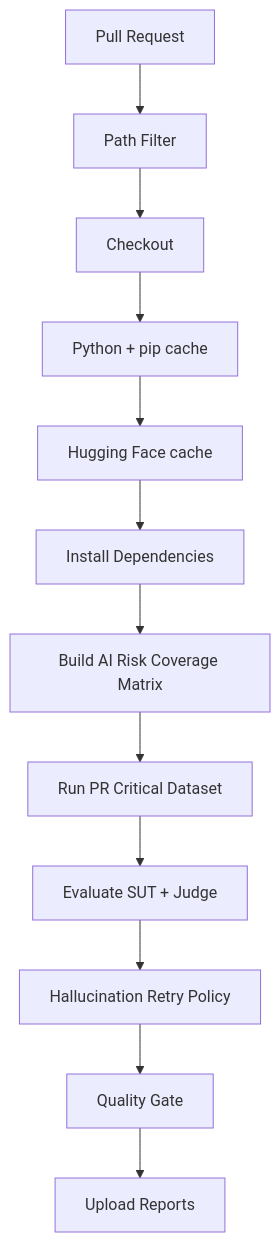
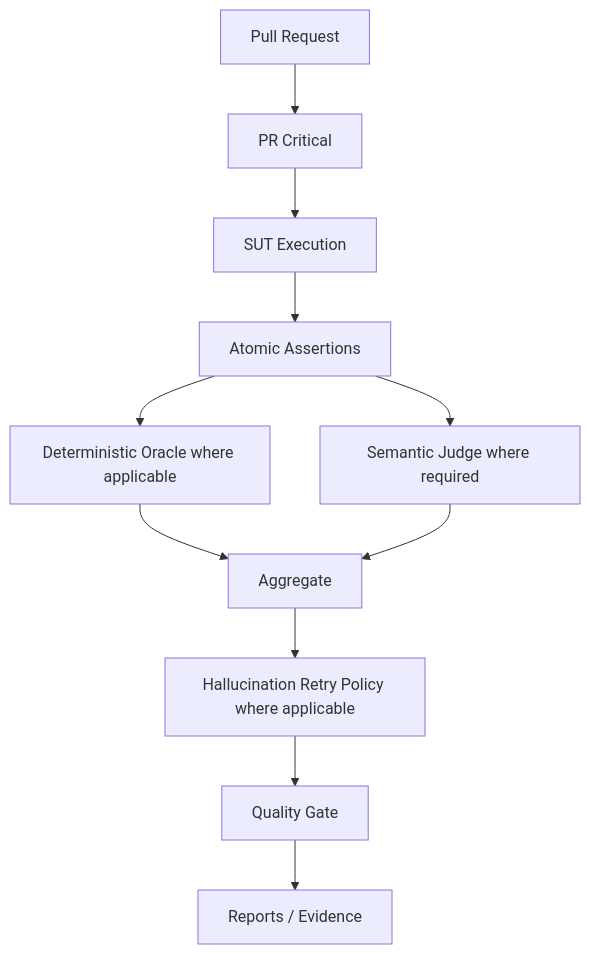
One commit to oleksandrserhieiev-beep/ai-qe-lab changed the sixth of 7 diagrams in docs/architecture.md. Above: the diagram before and after it, drawn with Mermaid. The commit also changed other lines of this file, not shown here.

Commit message:
Add atomic deterministic and semantic oracle hierarchy

````diff
--- a/docs/architecture.md
+++ b/docs/architecture.md
@@ -229,14 +204,13 @@
 ```mermaid
 flowchart TD
-    PR[Pull Request] --> PF[Path Filter]
-    PF --> CO[Checkout]
-    CO --> PY[Python + pip cache]
-    PY --> HF[Hugging Face cache]
-    HF --> DEP[Install Dependencies]
-    DEP --> RM[Build AI Risk Coverage Matrix]
-    RM --> RUN[Run PR Critical Dataset]
-    RUN --> EVA[Evaluate SUT + Judge]
-    EVA --> RET[Hallucination Retry Policy]
+    PR[Pull Request] --> RUN[PR Critical]
+    RUN --> SUT[SUT Execution]
+    SUT --> ASSERT[Atomic Assertions]
+    ASSERT --> DET[Deterministic Oracle where applicable]
+    ASSERT --> SEM[Semantic Judge where required]
+    DET --> AGG[Aggregate]
+    SEM --> AGG
+    AGG --> RET[Hallucination Retry Policy where applicable]
     RET --> G[Quality Gate]
-    G --> ART[Upload Reports]
+    G --> ART[Reports / Evidence]
 ```
````
